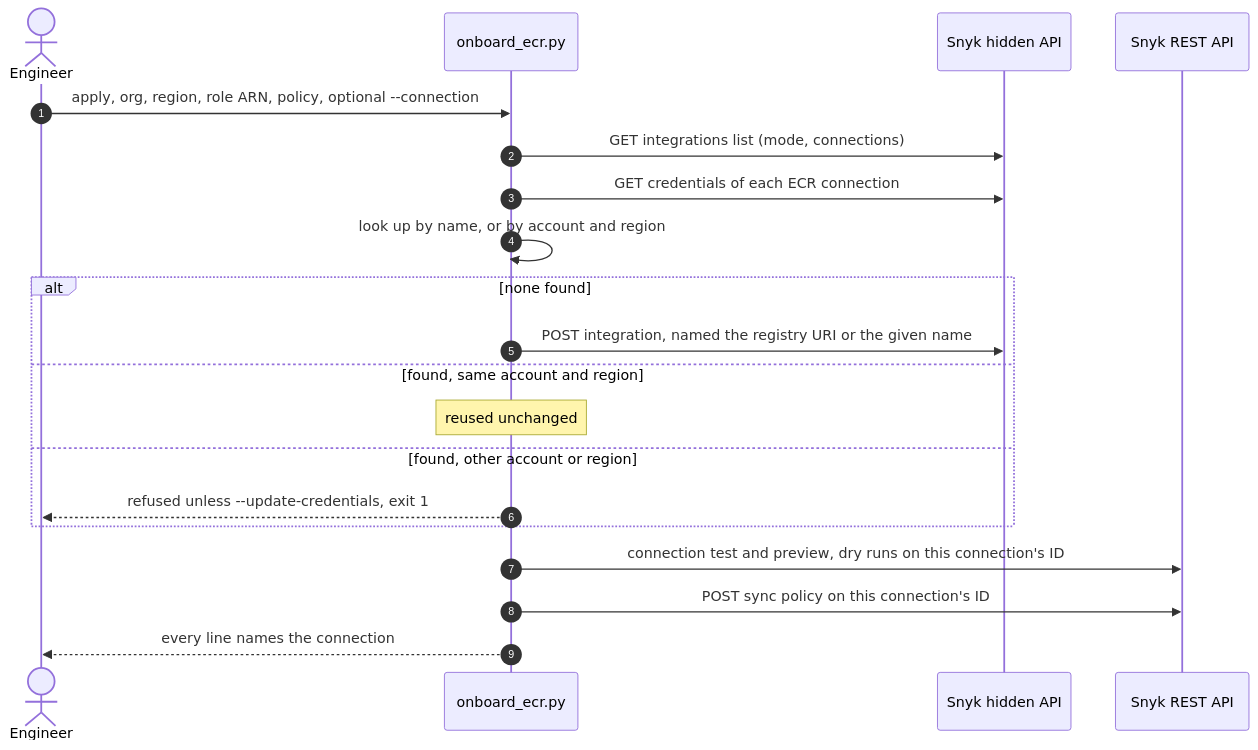
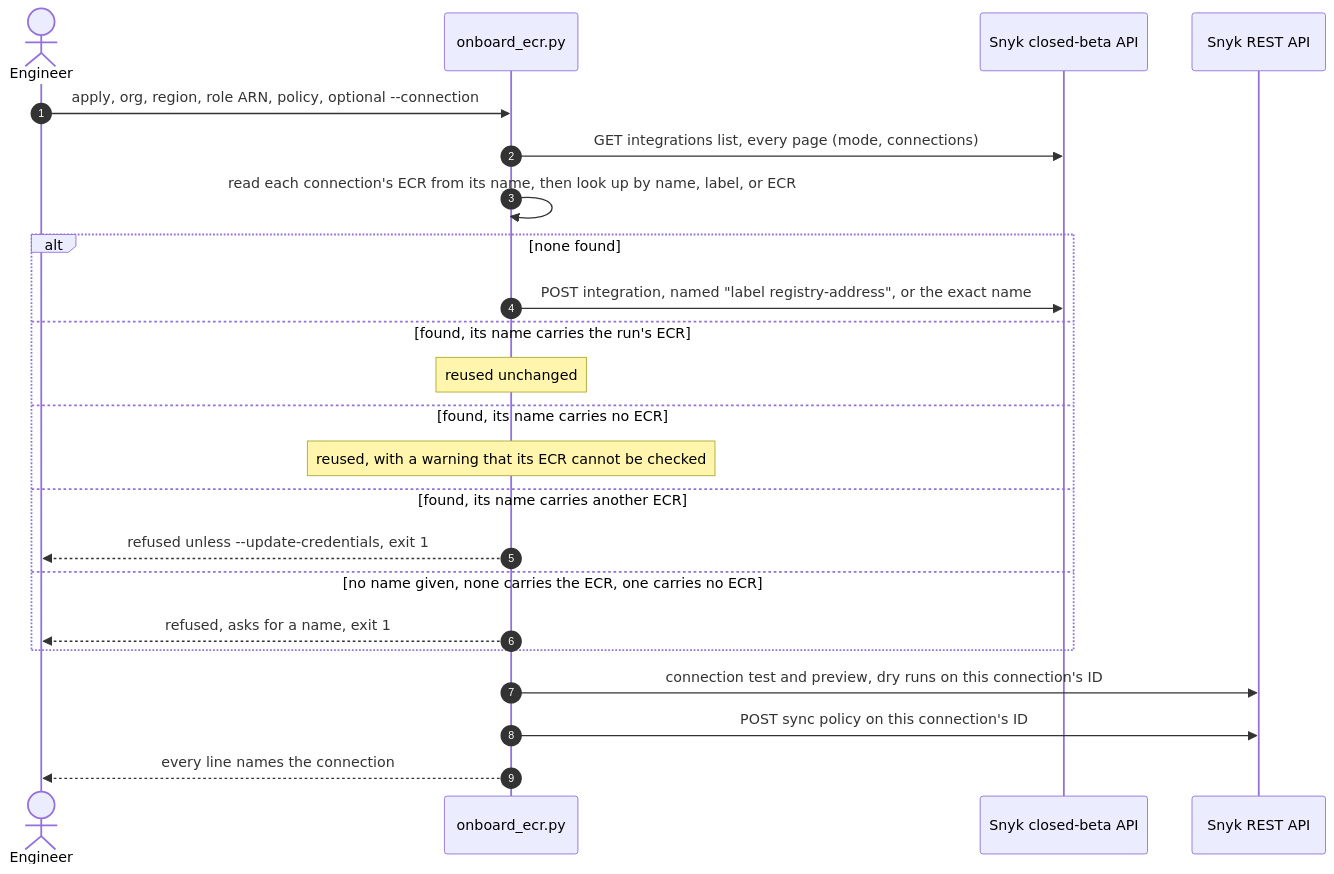
Before and after one commit to atirado-snyk/auto-ecr-onboarding: the second of 4 diagrams in specs/002-multi-ecr-connections/plan.md, drawn with Mermaid. The commit also changed other lines of this file and 7 other files, not shown here.

First line of the commit message:
docs(plan): 002 names carry their ECR; move to the closed-beta API

````diff
--- a/specs/002-multi-ecr-connections/plan.md
+++ b/specs/002-multi-ecr-connections/plan.md
@@ -103,22 +114,25 @@
 ```mermaid
 sequenceDiagram
     autonumber
     actor Eng as Engineer
     participant S as onboard_ecr.py
-    participant H as Snyk hidden API
+    participant B as Snyk closed-beta API
     participant R as Snyk REST API
     Eng->>S: apply, org, region, role ARN, policy, optional --connection
-    S->>H: GET integrations list (mode, connections)
-    S->>H: GET credentials of each ECR connection
-    S->>S: look up by name, or by account and region
+    S->>B: GET integrations list, every page (mode, connections)
+    S->>S: read each connection's ECR from its name, then look up by name, label, or ECR
     alt none found
-        S->>H: POST integration, named the registry URI or the given name
-    else found, same account and region
+        S->>B: POST integration, named "label registry-address", or the exact name
+    else found, its name carries the run's ECR
         Note over S: reused unchanged
-    else found, other account or region
+    else found, its name carries no ECR
+        Note over S: reused, with a warning that its ECR cannot be checked
+    else found, its name carries another ECR
         S-->>Eng: refused unless --update-credentials, exit 1
+    else no name given, none carries the ECR, one carries no ECR
+        S-->>Eng: refused, asks for a name, exit 1
     end
     S->>R: connection test and preview, dry runs on this connection's ID
     S->>R: POST sync policy on this connection's ID
     S-->>Eng: every line names the connection
 ```
````
